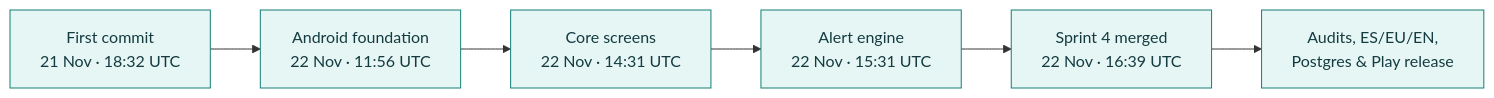
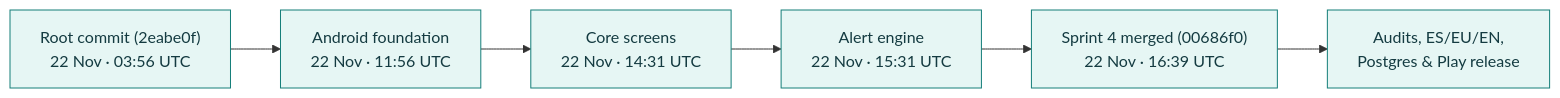
Before and after one commit to IkerGoni/bus-dbus: the first of 3 diagrams in README.md, drawn with Mermaid. The commit also changed other lines of this file and 15 other files, not shown here.

````diff
--- a/README.md
+++ b/README.md
@@ -71,10 +73,10 @@
 ```mermaid
 flowchart LR
-    A["First commit<br/>21 Nov · 18:32 UTC"] --> B["Android foundation<br/>22 Nov · 11:56 UTC"]
+    A["Root commit (2eabe0f)<br/>22 Nov · 03:56 UTC"] --> B["Android foundation<br/>22 Nov · 11:56 UTC"]
     B --> C["Core screens<br/>22 Nov · 14:31 UTC"]
     C --> D["Alert engine<br/>22 Nov · 15:31 UTC"]
-    D --> E["Sprint 4 merged<br/>22 Nov · 16:39 UTC"]
+    D --> E["Sprint 4 merged (00686f0)<br/>22 Nov · 16:39 UTC"]
     E --> F["Audits, ES/EU/EN,<br/>Postgres & Play release"]
     classDef milestone fill:#e6f6f4,stroke:#147e79,color:#143b41;
     class A,B,C,D,E,F milestone;
 ```
````
